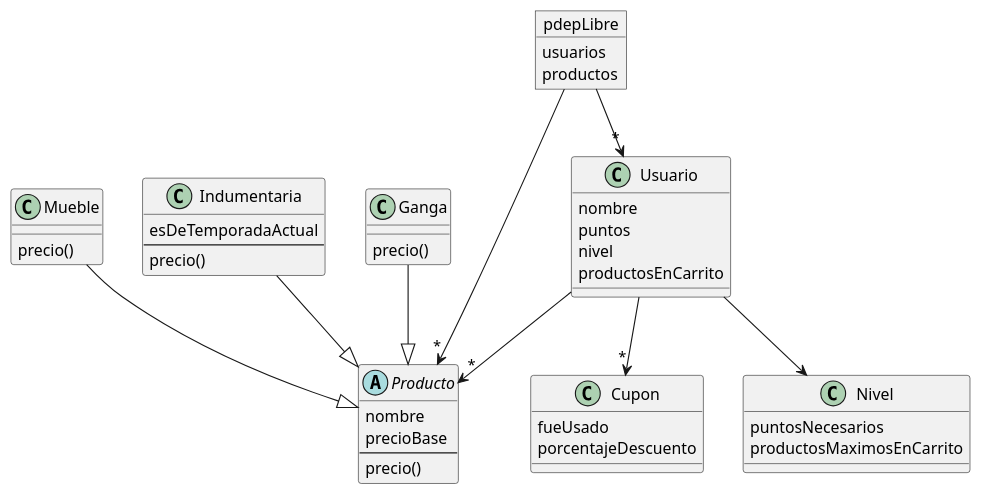
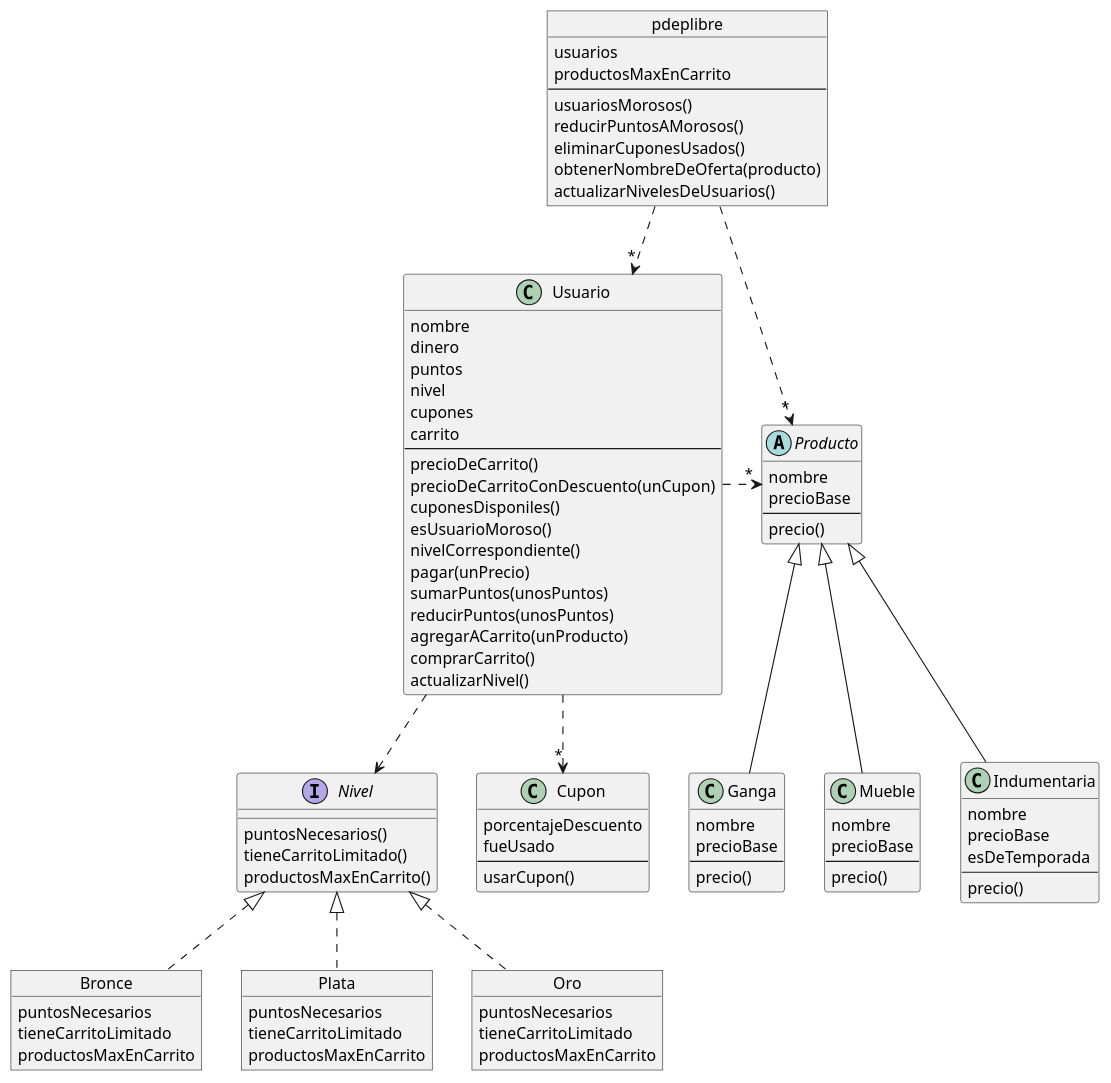
One commit to lrizzitano/PdeP_K2001_2024 changed the diagram in pdep-libre/diagrama_solucion_Lautaro_Rizzitano.plantuml. Above: the diagram before and after it, drawn with PlantUML. The commit also changed 8 other files, not shown here.

```diff
--- a/pdep-libre/diagrama_solucion_Lautaro_Rizzitano.plantuml
+++ b/pdep-libre/diagrama_solucion_Lautaro_Rizzitano.plantuml
@@ -1,55 +1,111 @@
-@startuml PdeP Libre
+@startuml PdePLibre
 
-abstract class Producto{
+abstract class Producto {
     nombre
     precioBase
     --
     precio()
 }
 
-class Mueble{
-    precio()
-}
-
-class Indumentaria{
-    esDeTemporadaActual
+class Mueble {
+    nombre
+    precioBase
     --
     precio()
 }
 
-class Ganga{
+class Indumentaria {
+    nombre
+    precioBase
+    esDeTemporada
+    --
     precio()
 }
 
-class Cupon{
-    fueUsado
-    porcentajeDescuento
+class Ganga {
+    nombre
+    precioBase
+    --
+    precio()
 }
 
-class Usuario{
+class Usuario {
     nombre
-    puntos
-    nivel
-    productosEnCarrito
+    dinero 
+    puntos 
+    nivel 
+    cupones 
+    carrito 
+    --
+    precioDeCarrito()
+    precioDeCarritoConDescuento(unCupon)
+    cuponesDisponiles()
+    esUsuarioMoroso()
+    nivelCorrespondiente()
+    pagar(unPrecio)
+    sumarPuntos(unosPuntos)
+    reducirPuntos(unosPuntos)
+    agregarACarrito(unProducto)
+    comprarCarrito()
+    actualizarNivel()
 }
 
-class Nivel{
-    puntosNecesarios
-    productosMaximosEnCarrito
+interface Nivel {
+    puntosNecesarios()
+    tieneCarritoLimitado()
+    productosMaxEnCarrito()
 }
 
-object pdepLibre{
-    usuarios
-    productos
+object Bronce {
+    puntosNecesarios
+    tieneCarritoLimitado
+    productosMaxEnCarrito
 }
 
-Mueble --|> Producto
-Indumentaria --|> Producto
-Ganga --|> Producto
-Usuario --> Nivel
-Usuario -->"*" Cupon
-Usuario -->"*" Producto
-pdepLibre -->"*" Usuario
-pdepLibre -->"*" Producto
+object Plata {
+    puntosNecesarios
+    tieneCarritoLimitado
+    productosMaxEnCarrito
+}
+
+object Oro {
+    puntosNecesarios
+    tieneCarritoLimitado
+    productosMaxEnCarrito
+}
+
+class Cupon {
+    porcentajeDescuento
+    fueUsado
+    --
+    usarCupon()
+}
+
+object pdeplibre {
+    usuarios
+    productosMaxEnCarrito
+    --
+    usuariosMorosos()
+    reducirPuntosAMorosos()
+    eliminarCuponesUsados()
+    obtenerNombreDeOferta(producto)
+    actualizarNivelesDeUsuarios()
+}
+
+
+Mueble -u-|> Producto
+Indumentaria -u-|> Producto
+Ganga -u-|> Producto
+
+Usuario ..> Nivel
+Usuario ..> "*" Cupon
+Usuario .r.> "*" Producto
+
+Bronce .u.|> Nivel
+Plata .u.|> Nivel
+Oro .u.|> Nivel
+
+pdeplibre ..> "*" Usuario
+pdeplibre ..> "*" Producto
 
 @enduml
```
